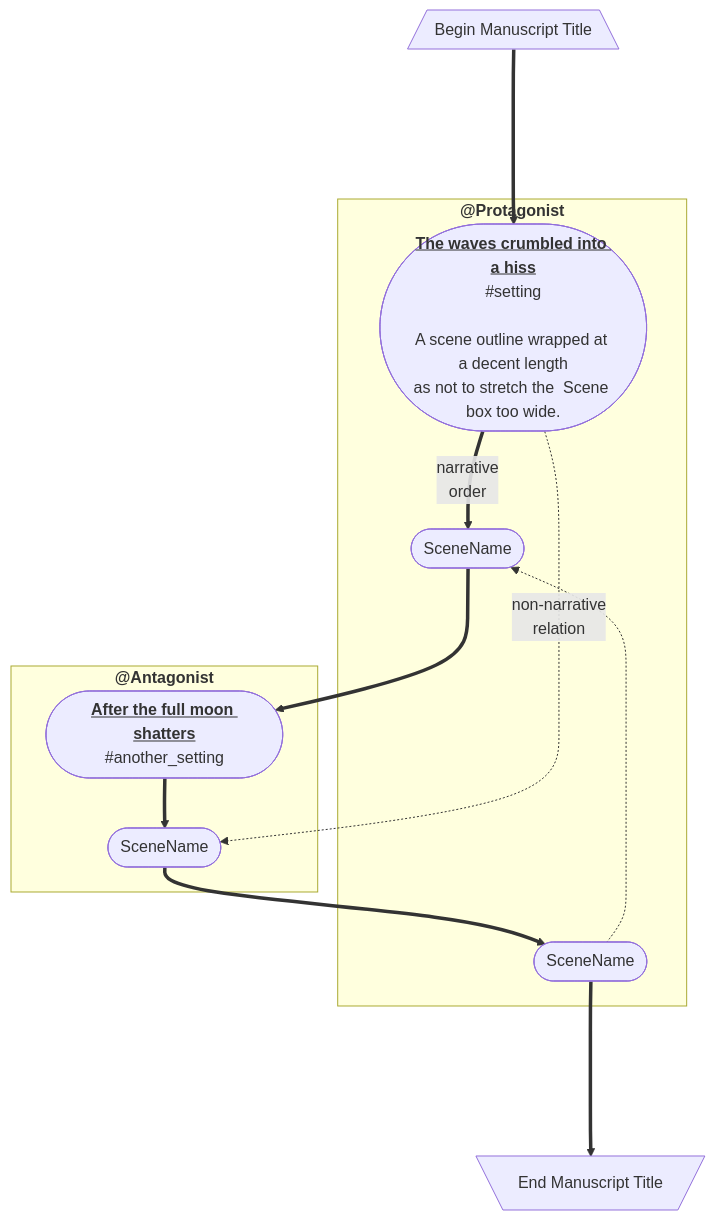
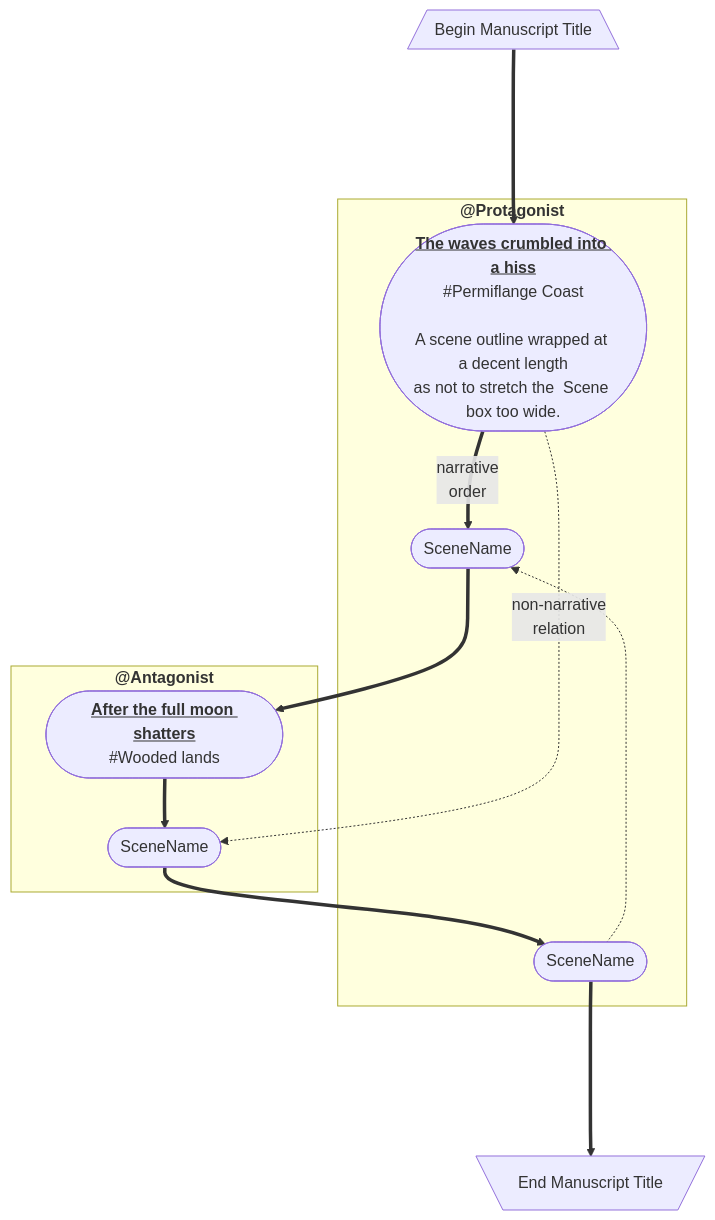
Before and after one commit to MLAOPDX/monkeytale: the diagram in README.md, drawn with Mermaid.

Commit message:
docs(README): Visualization update

````diff
--- a/README.md
+++ b/README.md
@@ -18,25 +18,25 @@
 ```mermaid
 flowchart TB
     BEGIN[/"Begin Manuscript Title"\]
     END[\"End Manuscript Title"/]
 
     subgraph PoV1 ["<b>@Protagonist"</b>]
-        SN2(["<b><u>The waves crumbled into a hiss</u></b>\n#setting\n\nA scene outline wrapped at a decent length\nas not to stretch the  Scene box too wide."])
+        SN2(["<b><u>The waves crumbled into a hiss</u></b>\n#Permiflange Coast\n\nA scene outline wrapped at a decent length\nas not to stretch the  Scene box too wide."])
         SN3([SceneName])
         SN8([SceneName])
     end
 
     subgraph PoV2 ["<b>@Antagonist</b>"]
-        SN4([<b><u>After the full moon shatters</u></b>\n#another_setting])
+        SN4([<b><u>After the full moon shatters</u></b>\n#Wooded lands])
         SN6([SceneName])
     end
 
     BEGIN ====> SN2
     
     SN2 ==narrative\norder==> SN3 ==> SN4 ==> SN6 ==> SN8
 
     SN8 ====> END
     
     SN2 -.non-narrative\nrelation.-> SN6
     SN8 -.-> SN3
 ```
````
